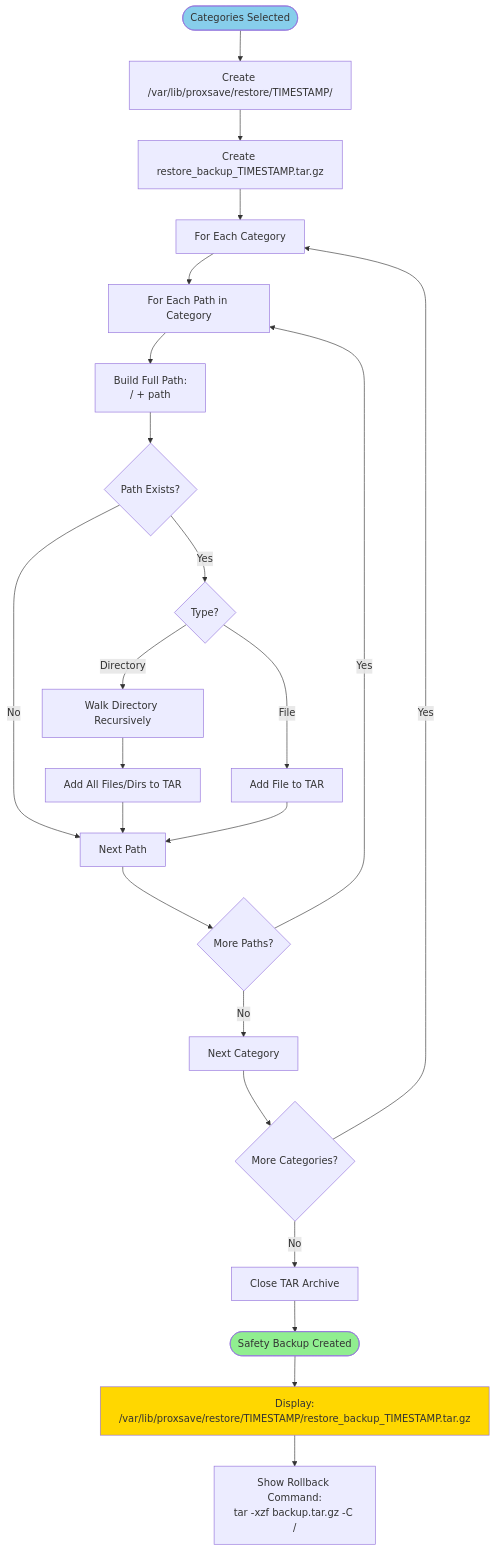
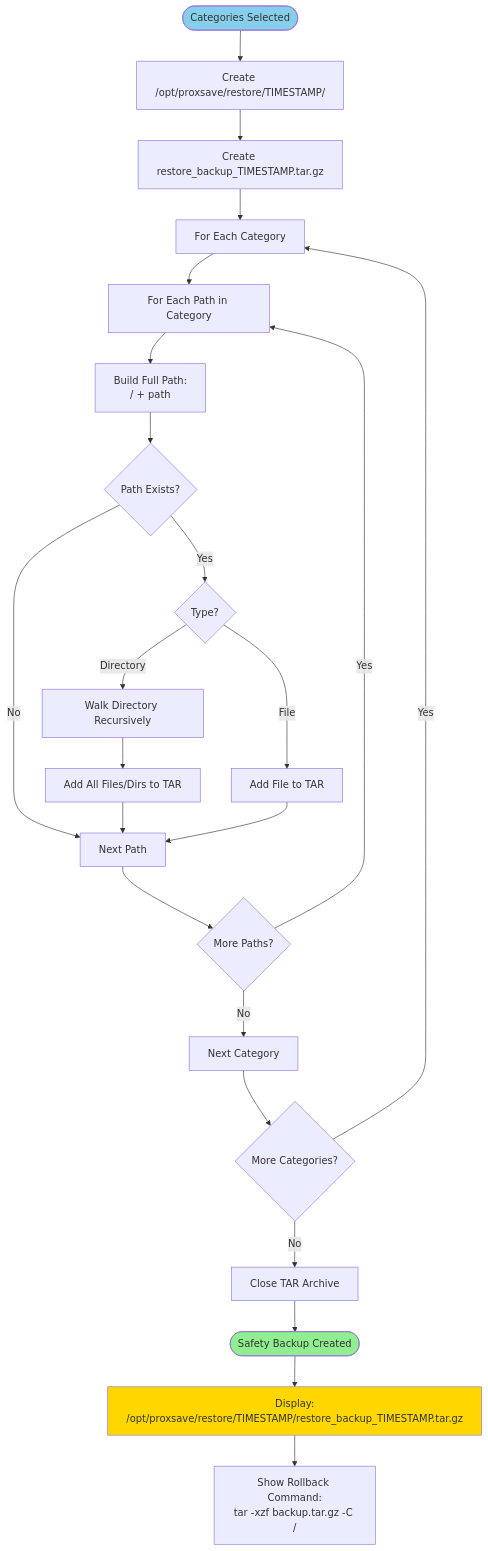
The ninth of 13 diagrams in docs/RESTORE_DIAGRAMS.md (tis24dev/proxsave), drawn with Mermaid before and after one commit. The commit also changed 34 other files, not shown here.

````diff
--- a/docs/RESTORE_DIAGRAMS.md
+++ b/docs/RESTORE_DIAGRAMS.md
@@ -527,36 +527,36 @@
 ```mermaid
 flowchart TD
-    Start([Categories Selected]) --> CreatePath[Create /var/lib/proxsave/restore/TIMESTAMP/]
+    Start([Categories Selected]) --> CreatePath[Create /opt/proxsave/restore/TIMESTAMP/]
     CreatePath --> CreateArchive[Create restore_backup_TIMESTAMP.tar.gz]
     CreateArchive --> LoopCats[For Each Category]
 
     LoopCats --> LoopPaths[For Each Path in Category]
     LoopPaths --> BuildFull["Build Full Path:<br/>/ + path"]
     BuildFull --> CheckExists{Path Exists?}
 
     CheckExists -->|No| NextPath[Next Path]
     CheckExists -->|Yes| CheckType{Type?}
 
     CheckType -->|File| BackupFile[Add File to TAR]
     CheckType -->|Directory| WalkDir[Walk Directory Recursively]
 
     WalkDir --> BackupTree[Add All Files/Dirs to TAR]
     BackupTree --> NextPath
     BackupFile --> NextPath
 
     NextPath --> MorePaths{More Paths?}
     MorePaths -->|Yes| LoopPaths
     MorePaths -->|No| NextCat[Next Category]
 
     NextCat --> MoreCats{More Categories?}
     MoreCats -->|Yes| LoopCats
     MoreCats -->|No| CloseTar[Close TAR Archive]
 
     CloseTar --> Success([Safety Backup Created])
-    Success --> DisplayPath["Display:<br/>/var/lib/proxsave/restore/TIMESTAMP/restore_backup_TIMESTAMP.tar.gz"]
+    Success --> DisplayPath["Display:<br/>/opt/proxsave/restore/TIMESTAMP/restore_backup_TIMESTAMP.tar.gz"]
     DisplayPath --> Rollback["Show Rollback Command:<br/>tar -xzf backup.tar.gz -C /"]
 
     style Start fill:#87CEEB
     style Success fill:#90EE90
     style DisplayPath fill:#FFD700
 ```
````
